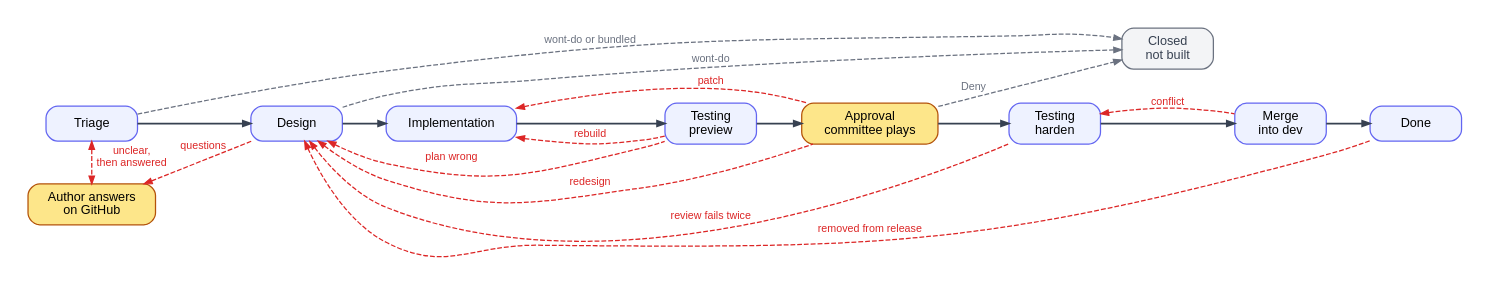
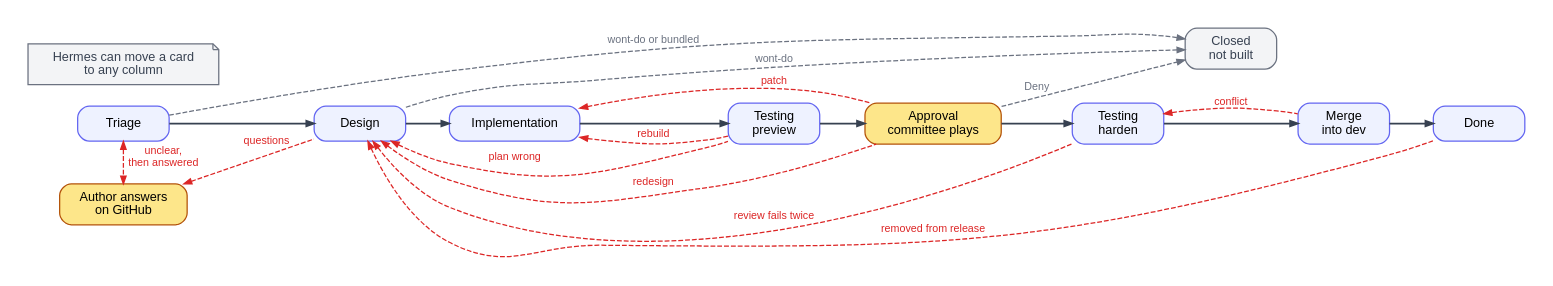
Before and after one commit to btseytlin/road-machiners: the diagram in factory/docs/diagrams/lifecycle.dot, drawn with Graphviz. The commit also changed 8 other files, not shown here.

```diff
--- a/factory/docs/diagrams/lifecycle.dot
+++ b/factory/docs/diagrams/lifecycle.dot
@@ -1,27 +1,28 @@
 // Card lifecycle. Black: normal path. Red: loops back. Grey: ends early. Yellow: waits for people.
 digraph lifecycle {
   rankdir=LR; nodesep=0.3; ranksep=0.6; bgcolor=white; pad=0.3; forcelabels=true;
   node [shape=box, style="rounded,filled", fillcolor="#eef2ff", color="#6366f1", fontname="Helvetica", fontsize=13, margin="0.2,0.1", penwidth=1.3, width=1.3];
   edge [color="#374151", penwidth=1.8, arrowsize=0.8, fontname="Helvetica", fontsize=11];
   T [label="Triage"]; D [label="Design"]; I [label="Implementation"];
   P [label="Testing\npreview"]; A [label="Approval\ncommittee plays", fillcolor="#fde68a", color="#b45309"];
   H [label="Testing\nharden"]; G [label="Merge\ninto dev"]; M [label="Done"];
   W [label="Author answers\non GitHub", fillcolor="#fde68a", color="#b45309"];
+  N [label="Hermes can move a card\nto any column", shape=note, style=filled, fillcolor="#f3f4f6", color="#6b7280", fontcolor="#374151"];
   X [label="Closed\nnot built", fillcolor="#f3f4f6", color="#6b7280", fontcolor="#374151"];
   T -> D -> I -> P -> A -> H -> G -> M [weight=100];
   // A loop is drawn as a forward edge with its arrow reversed, so it never bends the main line.
   edge [color="#dc2626", fontcolor="#dc2626", style=dashed, penwidth=1.3, dir=back, weight=0];
   T -> W [xlabel="unclear,\nthen answered", dir=both, constraint=false];
   W -> D [label="questions"];
   I -> P [label="rebuild"];
   D -> P [label="plan wrong"];
   I -> A [label="patch"];
   D -> A [label="redesign"];
   D -> H [label="review fails twice"];
   H -> G [label="conflict"];
   D -> M [label="removed from release"];
   edge [color="#6b7280", fontcolor="#6b7280", style=dashed, penwidth=1.3, dir=forward, weight=0];
   T -> X [label="wont-do or bundled"];
   D -> X [label="wont-do"];
   A -> X [label="Deny"];
 }
```
